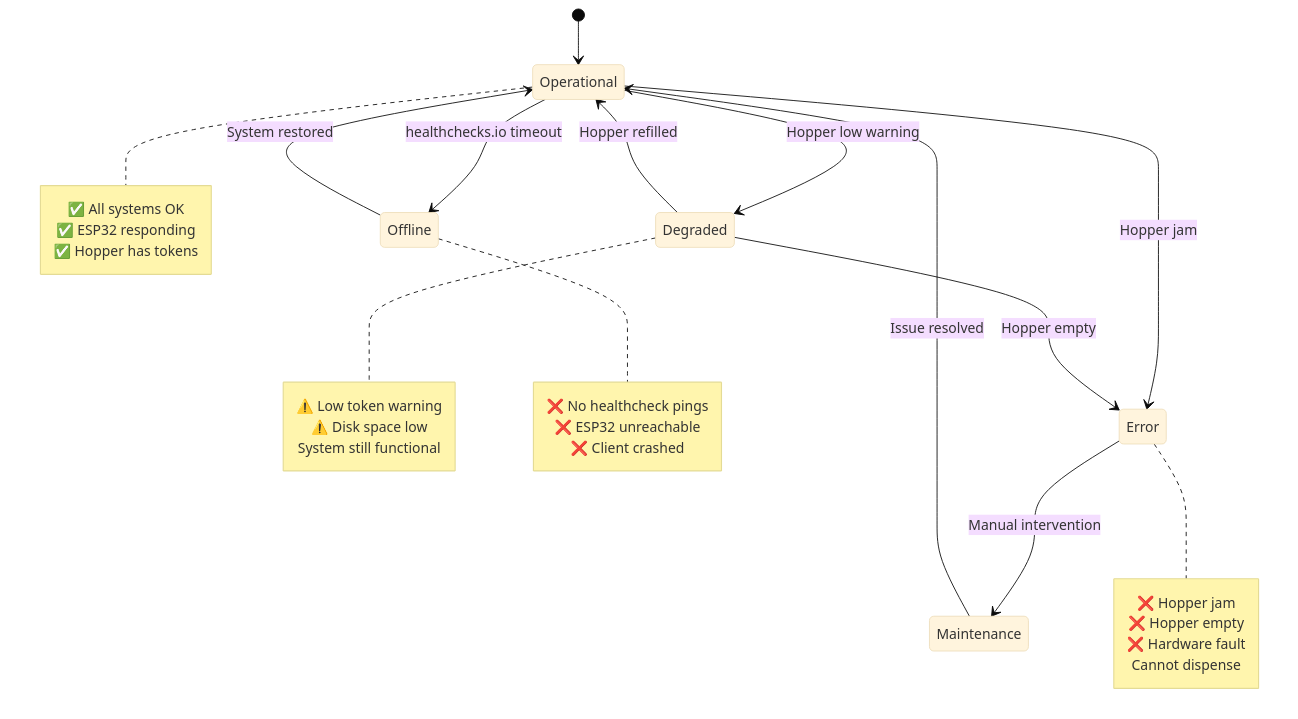
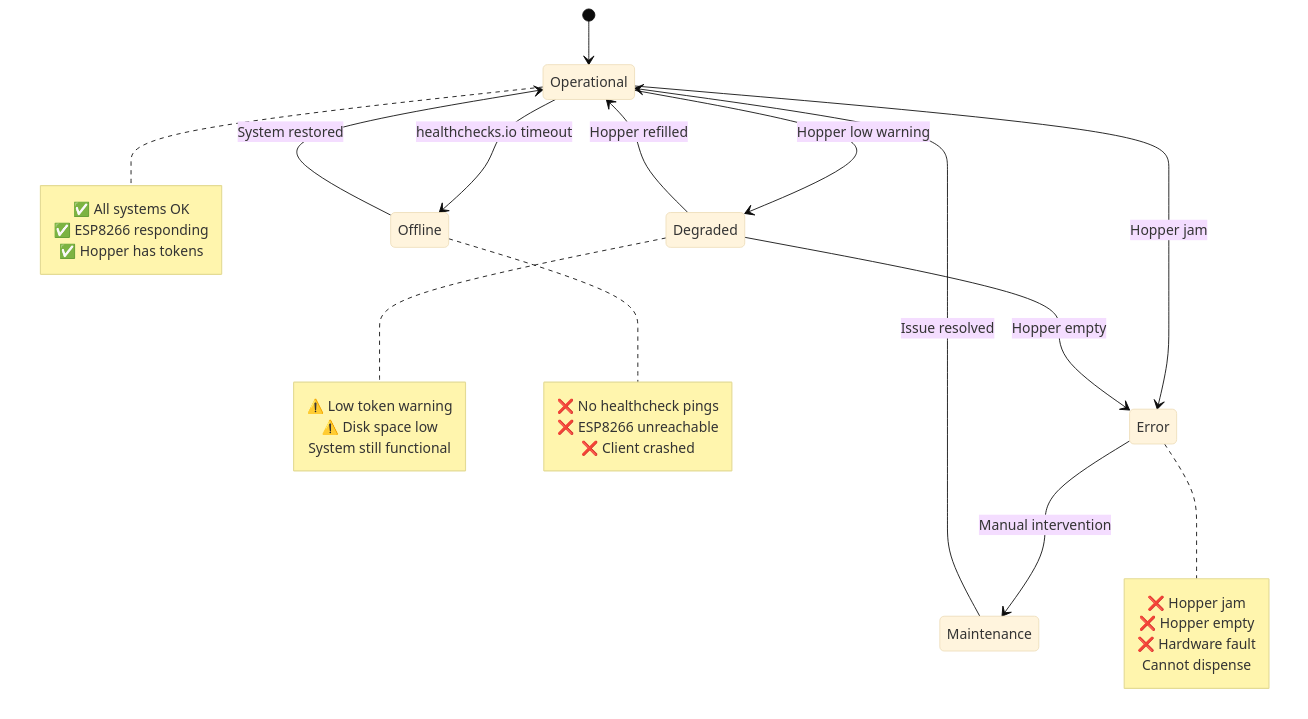
Before and after one commit to dgloeckner/remote-token-dispenser: diagram 23 of 26 in ARCHITECTURE.md, drawn with Mermaid (base theme). The commit also changed other lines of this file and 21 other files, not shown here.

````diff
--- a/ARCHITECTURE.md
+++ b/ARCHITECTURE.md
@@ -1007,41 +1007,41 @@
 ```mermaid
 stateDiagram-v2
     [*] --> Operational
 
     Operational --> Degraded: Hopper low warning
     Operational --> Offline: healthchecks.io timeout
     Operational --> Error: Hopper jam
 
     Degraded --> Operational: Hopper refilled
     Degraded --> Error: Hopper empty
 
     Error --> Maintenance: Manual intervention
     Offline --> Operational: System restored
 
     Maintenance --> Operational: Issue resolved
 
     note right of Operational
         ✅ All systems OK
-        ✅ ESP32 responding
+        ✅ ESP8266 responding
         ✅ Hopper has tokens
     end note
 
     note right of Degraded
         ⚠️ Low token warning
         ⚠️ Disk space low
         System still functional
     end note
 
     note right of Error
         ❌ Hopper jam
         ❌ Hopper empty
         ❌ Hardware fault
         Cannot dispense
     end note
 
     note right of Offline
         ❌ No healthcheck pings
-        ❌ ESP32 unreachable
+        ❌ ESP8266 unreachable
         ❌ Client crashed
     end note
 ```
````
